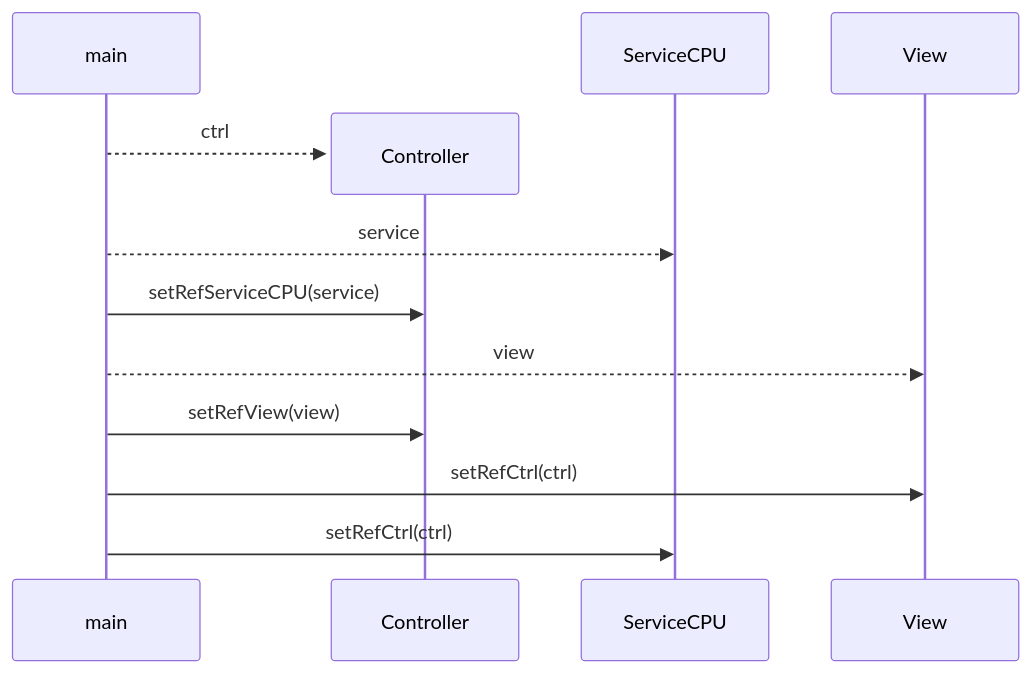
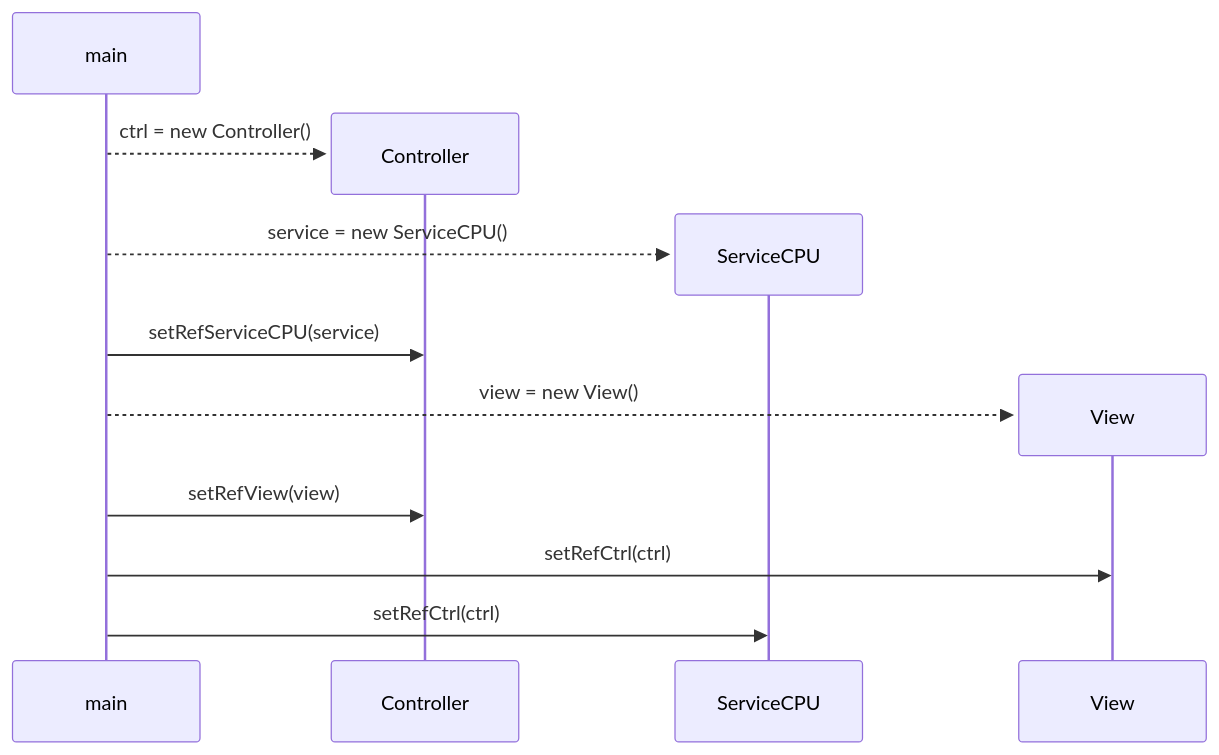
One commit to emf-info-d400/Ex03-ProcesseursB changed the third of 3 diagrams in README.md. Above: the diagram before and after it, drawn with Mermaid. The commit also changed other lines of this file, not shown here.

````diff
--- a/README.md
+++ b/README.md
@@ -215,12 +215,14 @@
 ```mermaid
 sequenceDiagram
     participant main
     create participant Controller
-    main-->>Controller: ctrl
-    main-->>ServiceCPU: service
+    main-->>Controller: ctrl = new Controller()
+    create participant ServiceCPU
+    main-->>ServiceCPU: service = new ServiceCPU()
     main->>Controller: setRefServiceCPU(service)
-    main-->>View: view
+    create participant View
+    main-->>View: view = new View()
     main->>Controller: setRefView(view)
     main->>View: setRefCtrl(ctrl)
     main->>ServiceCPU: setRefCtrl(ctrl)
 ```
````
